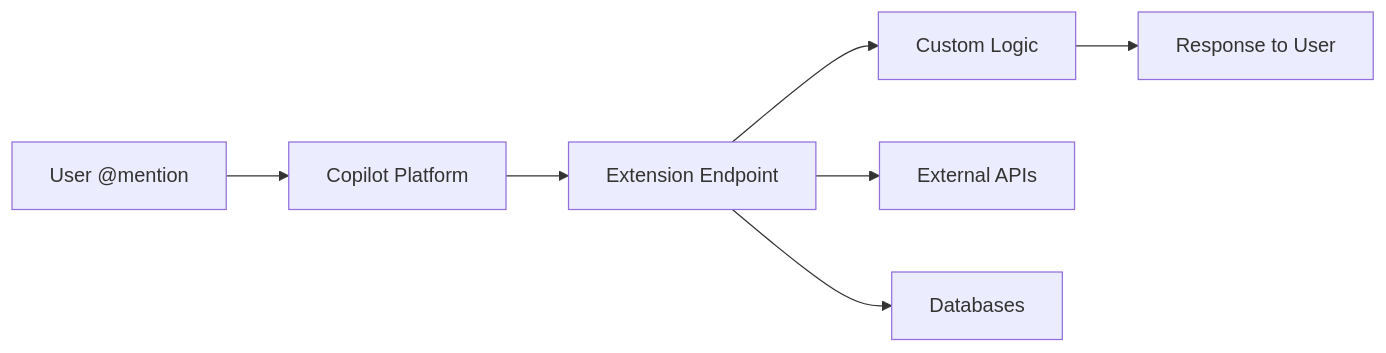
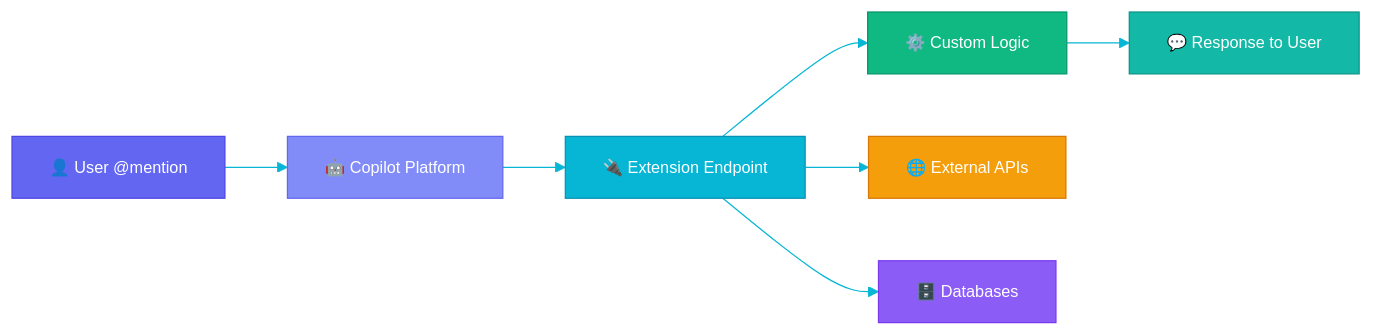
Before and after one commit to JohannesRabauer/gh-600-preparation: the seventh of 12 diagrams in docs/study_notes.md, drawn with Mermaid. The commit also changed other lines of this file and 5 other files, not shown here.

First line of the commit message:
feat: add colorful animated diagrams and pictograms across study material

````diff
--- a/docs/study_notes.md
+++ b/docs/study_notes.md
@@ -687,9 +729,18 @@
 ```mermaid
+%%{init: {'theme': 'base', 'themeVariables': {'primaryColor': '#6366f1', 'primaryTextColor': '#fff', 'lineColor': '#06b6d4', 'fontSize': '13px'}}}%%
 graph LR
-    A[User @mention] --> B[Copilot Platform]
-    B --> C[Extension Endpoint]
-    C --> D[Custom Logic]
-    D --> E[Response to User]
-    C --> F[External APIs]
-    C --> G[Databases]
+    A[👤 User @mention]:::user --> B[🤖 Copilot Platform]:::platform
+    B --> C[🔌 Extension Endpoint]:::ext
+    C --> D[⚙️ Custom Logic]:::logic
+    D --> E[💬 Response to User]:::response
+    C --> F[🌐 External APIs]:::api
+    C --> G[🗄️ Databases]:::db
+
+    classDef user fill:#6366f1,stroke:#4f46e5,color:#fff
+    classDef platform fill:#818cf8,stroke:#6366f1,color:#fff
+    classDef ext fill:#06b6d4,stroke:#0891b2,color:#fff
+    classDef logic fill:#10b981,stroke:#059669,color:#fff
+    classDef response fill:#14b8a6,stroke:#0d9488,color:#fff
+    classDef api fill:#f59e0b,stroke:#d97706,color:#fff
+    classDef db fill:#8b5cf6,stroke:#7c3aed,color:#fff
 ```
````
